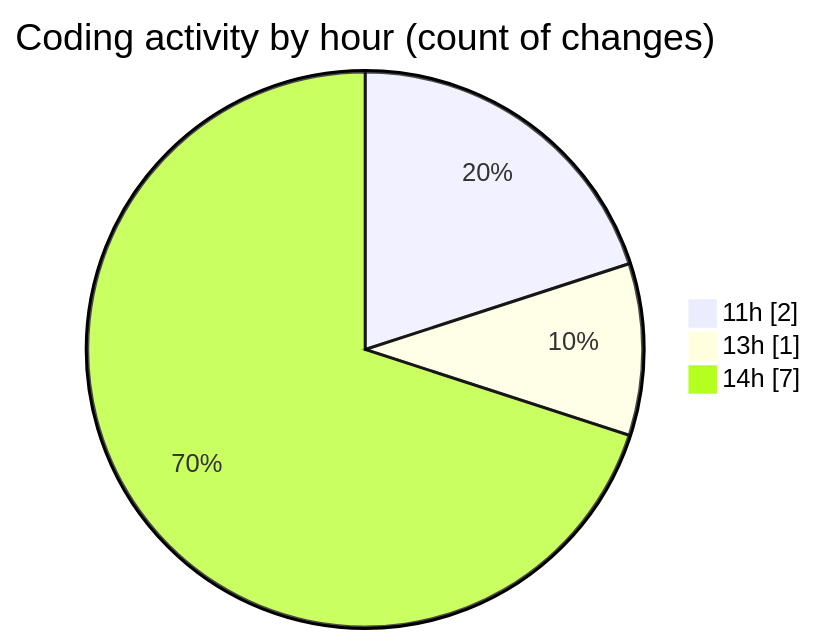
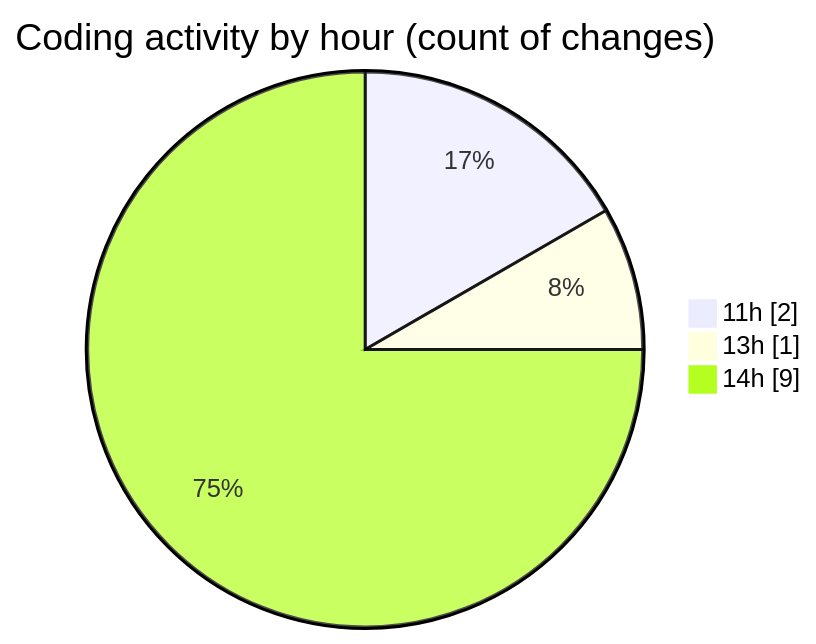
One commit to nxtqubesakshisongat/code-tracking changed the second of 2 diagrams in 2026-06-18/nxtqube_webapp/README.md. Above: the diagram before and after it, drawn with Mermaid. The commit also changed other lines of this file and 1 other file, not shown here.

````diff
--- a/2026-06-18/nxtqube_webapp/README.md
+++ b/2026-06-18/nxtqube_webapp/README.md
@@ -28,7 +28,7 @@
 ```mermaid
 pie showData
 title Coding activity by hour (count of changes)
 "11h" : 2
 "13h" : 1
-"14h" : 7
+"14h" : 9
 ```
````
